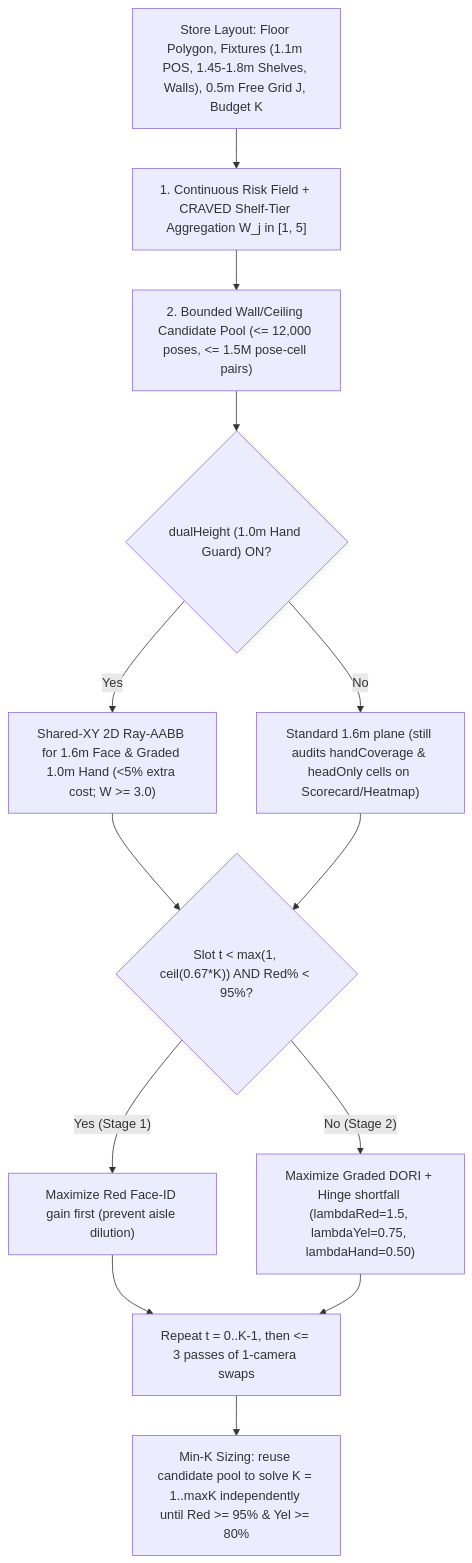
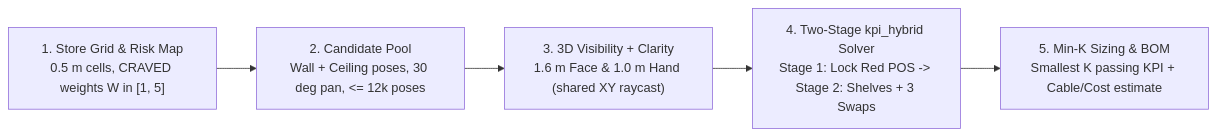
Before and after one commit to nhuycoding/Opticam: the diagram in paper_evaluation_2026-11-26/ABSTRACT_PROFESSOR.md, drawn with Mermaid. The commit also changed other lines of this file and 19 other files, not shown here.

````diff
--- a/paper_evaluation_2026-11-26/ABSTRACT_PROFESSOR.md
+++ b/paper_evaluation_2026-11-26/ABSTRACT_PROFESSOR.md
@@ -10,15 +13,7 @@
 ```mermaid
-flowchart TD
-    In["Store Layout: Floor Polygon, Fixtures (1.1m POS, 1.45-1.8m Shelves, Walls), 0.5m Free Grid J, Budget K"] --> Risk["1. Continuous Risk Field + CRAVED Shelf-Tier Aggregation W_j in [1, 5]"]
-    Risk --> Pool["2. Bounded Wall/Ceiling Candidate Pool (<= 12,000 poses, <= 1.5M pose-cell pairs)"]
-    Pool --> Dual{"dualHeight (1.0m Hand Guard) ON?"}
-    Dual -- "Yes" --> SharedXY["Shared-XY 2D Ray-AABB for 1.6m Face & Graded 1.0m Hand (<5% extra cost; W >= 3.0)"]
-    Dual -- "No" --> SingleZ["Standard 1.6m plane (still audits handCoverage & headOnly cells on Scorecard/Heatmap)"]
-    SharedXY --> Branch{"Slot t < max(1, ceil(0.67*K)) AND Red% < 95%?"}
-    SingleZ --> Branch
-    Branch -- "Yes (Stage 1)" --> S1["Maximize Red Face-ID gain first (prevent aisle dilution)"]
-    Branch -- "No (Stage 2)" --> S2["Maximize Graded DORI + Hinge shortfall (lambdaRed=1.5, lambdaYel=0.75, lambdaHand=0.50)"]
-    S1 --> Loop["Repeat t = 0..K-1, then <= 3 passes of 1-camera swaps"]
-    S2 --> Loop
-    Loop --> MinK["Min-K Sizing: reuse candidate pool to solve K = 1..maxK independently until Red >= 95% & Yel >= 80%"]
+flowchart LR
+    A["1. Store Grid & Risk Map<br/>0.5 m cells, CRAVED weights W in [1, 5]"] --> B["2. Candidate Pool<br/>Wall + Ceiling poses, 30 deg pan, <= 12k poses"]
+    B --> C["3. 3D Visibility + Clarity<br/>1.6 m Face & 1.0 m Hand (shared XY raycast)"]
+    C --> D["4. Two-Stage kpi_hybrid Solver<br/>Stage 1: Lock Red POS -> Stage 2: Shelves + 3 Swaps"]
+    D --> E["5. Min-K Sizing & BOM<br/>Smallest K passing KPI + Cable/Cost estimate"]
 ```
````
